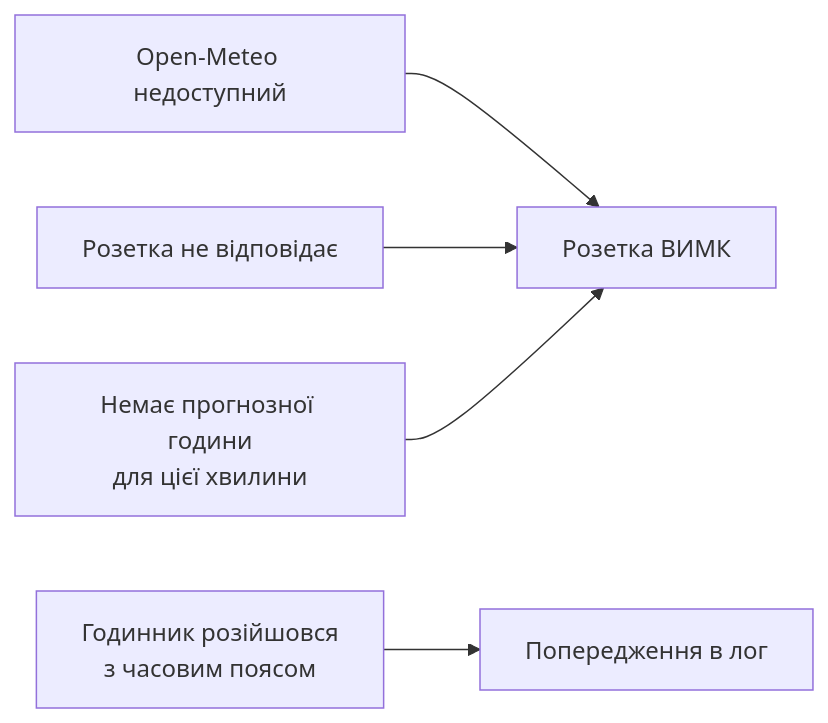
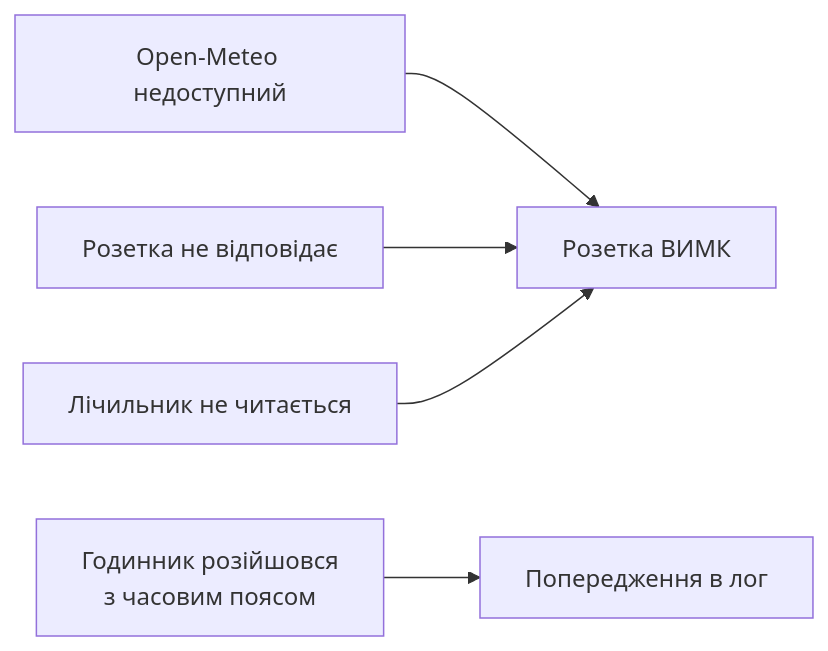
One commit to tochytskyi/smart-solar-energy changed the seventh of 7 diagrams in docs/algorithm.md. Above: the diagram before and after it, drawn with Mermaid. The commit also changed other lines of this file and 19 other files, not shown here.

````diff
--- a/docs/algorithm.md
+++ b/docs/algorithm.md
@@ -187,7 +193,7 @@
 ```mermaid
 flowchart LR
     B["Open-Meteo недоступний"] --> OFF["Розетка ВИМК"]
     C["Розетка не відповідає"] --> OFF
-    E["Немає прогнозної години<br/>для цієї хвилини"] --> OFF
+    E["Лічильник не читається"] --> OFF
     D["Годинник розійшовся<br/>з часовим поясом"] --> WARN["Попередження в лог"]
 ```
````
